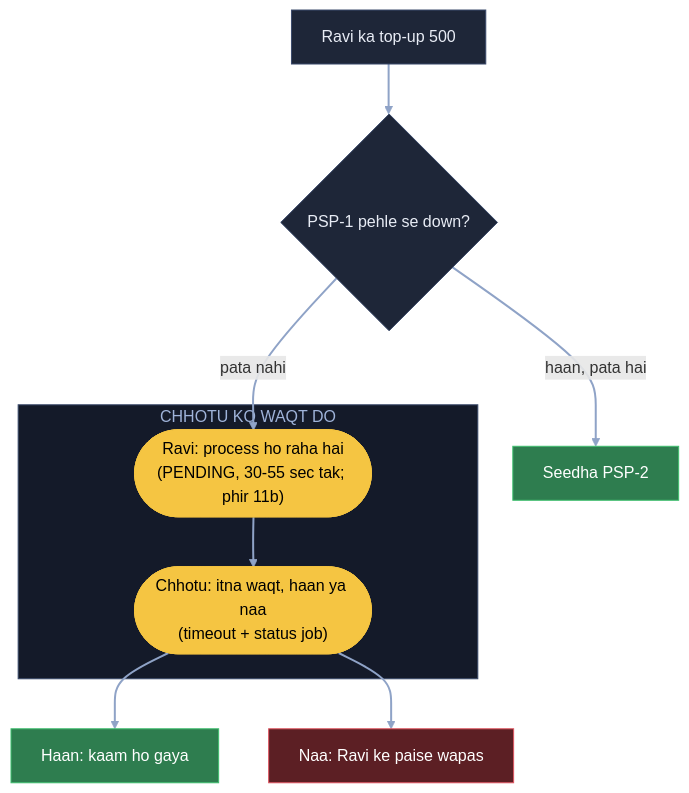
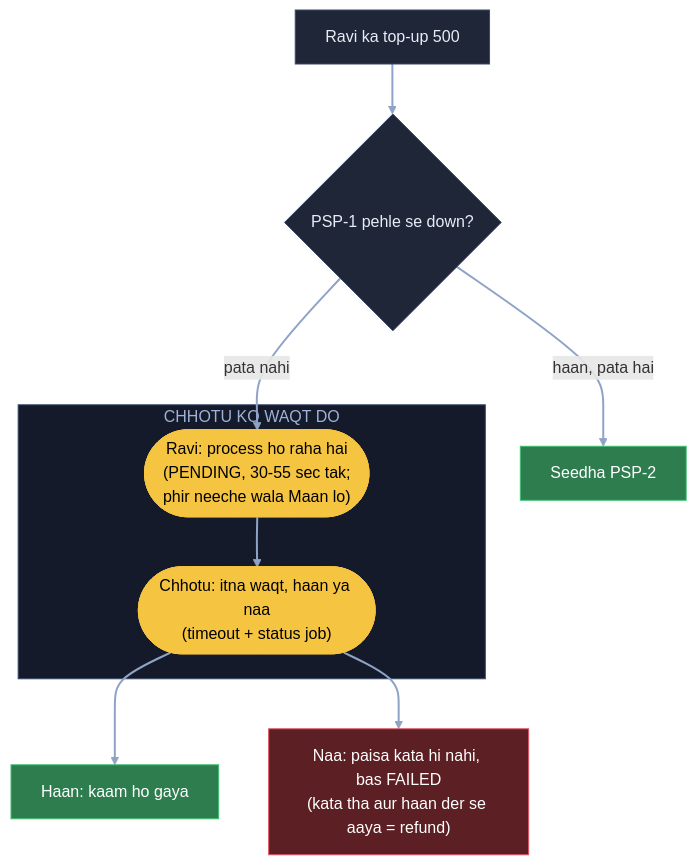
Before and after one commit to ArpanMaheshwari144/Prep: diagram 11 of 11 in 04_HLD/SYSTEM_DESIGNS/06_payment_system/06_payment_system.md, drawn with Mermaid. The commit also changed other lines of this file and 4 other files, not shown here.

Commit message:
HLD audit 06-11: BMS 6e (30-55 sec ghadi se seat chhooti, parchi ki umar nahi), Payment 11 diagram (naa = kata hi nahi) + 11b hawala saaf, Cache 5 sync job ka teer

````diff
--- a/04_HLD/SYSTEM_DESIGNS/06_payment_system/06_payment_system.md
+++ b/04_HLD/SYSTEM_DESIGNS/06_payment_system/06_payment_system.md
@@ -357,24 +357,24 @@
 ```mermaid
 flowchart TB
     R["Ravi ka top-up 500"]:::card
     CB{"PSP-1 pehle se down?"}:::card
     P2["Seedha PSP-2"]:::good
     subgraph CH["CHHOTU KO WAQT DO"]
-        PD(["Ravi: process ho raha hai<br/>(PENDING, 30-55 sec tak; phir 11b)"]):::pill
+        PD(["Ravi: process ho raha hai<br/>(PENDING, 30-55 sec tak;<br/>phir neeche wala Maan lo)"]):::pill
         J(["Chhotu: itna waqt, haan ya naa<br/>(timeout + status job)"]):::pill
     end
     OK["Haan: kaam ho gaya"]:::good
-    NA["Naa: Ravi ke paise wapas"]:::bad
+    NA["Naa: paisa kata hi nahi, bas FAILED<br/>(kata tha aur haan der se aaya = refund)"]:::bad
     R --> CB
     CB -- "haan, pata hai" --> P2
     CB -- "pata nahi" --> PD
     PD --> J
     J --> OK
     J --> NA
     linkStyle default stroke:#8fa3c7,stroke-width:2px
     classDef card fill:#1e2638,stroke:#3a4a6b,color:#e8ecf5
     classDef pill fill:#f5c542,stroke:#f5c542,color:#000
     classDef good fill:#2e7d4f,stroke:#3fbf6f,color:#fff
     classDef bad fill:#5c1f24,stroke:#e05561,color:#fff
     style CH fill:#141a29,stroke:#3a4a6b,color:#9fb3d9
 ```
````
